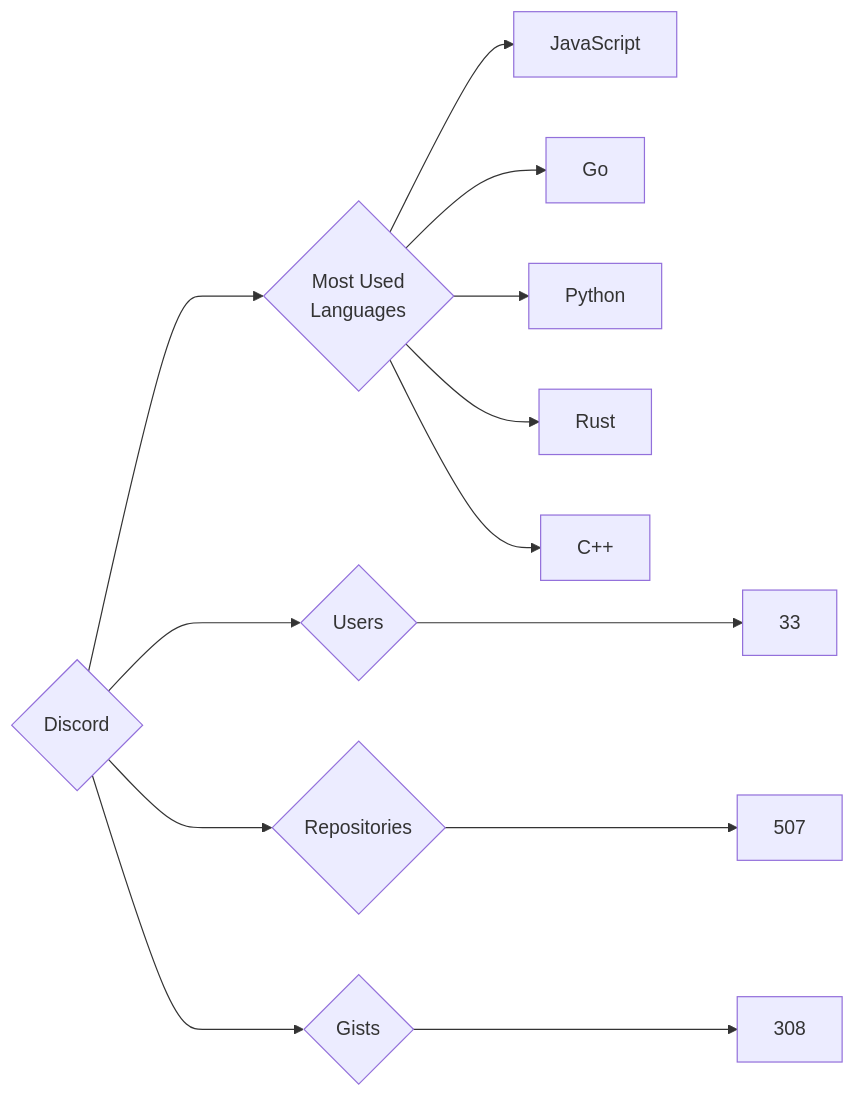
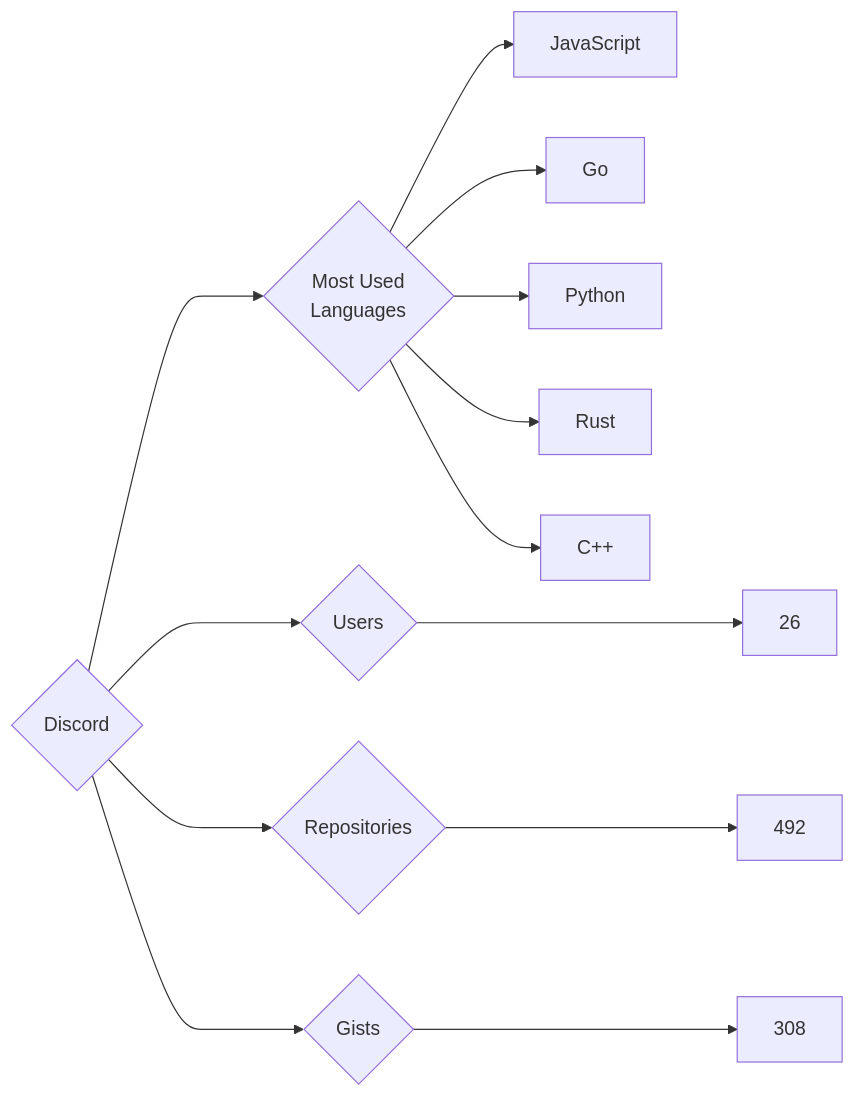
The diagram in targets/Discord/README.md (trickest/insiders), drawn with Mermaid before and after one commit. The commit also changed 870 other files, not shown here.

````diff
--- a/targets/Discord/README.md
+++ b/targets/Discord/README.md
@@ -3,13 +3,13 @@
 ```mermaid
 graph LR
 COMPANY_NAME{Discord}
-COMPANY_NAME ---> U{Users} ---> UN[33]
-COMPANY_NAME ---> R{Repositories} ---> RN[507]
+COMPANY_NAME ---> U{Users} ---> UN[26]
+COMPANY_NAME ---> R{Repositories} ---> RN[492]
 COMPANY_NAME ---> G{Gists} ---> GN[308]
 COMPANY_NAME ---> ML{Most Used<br>Languages}
 ML --> JavaScript[JavaScript]
 ML --> Go[Go]
 ML --> Python[Python]
 ML --> Rust[Rust]
 ML --> C++[C++]
 ```
````
